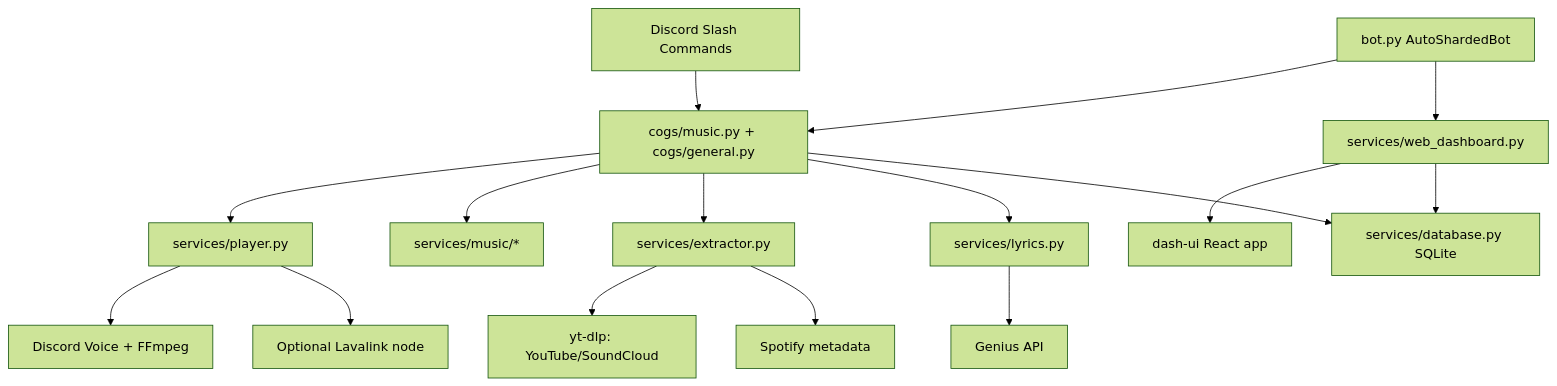
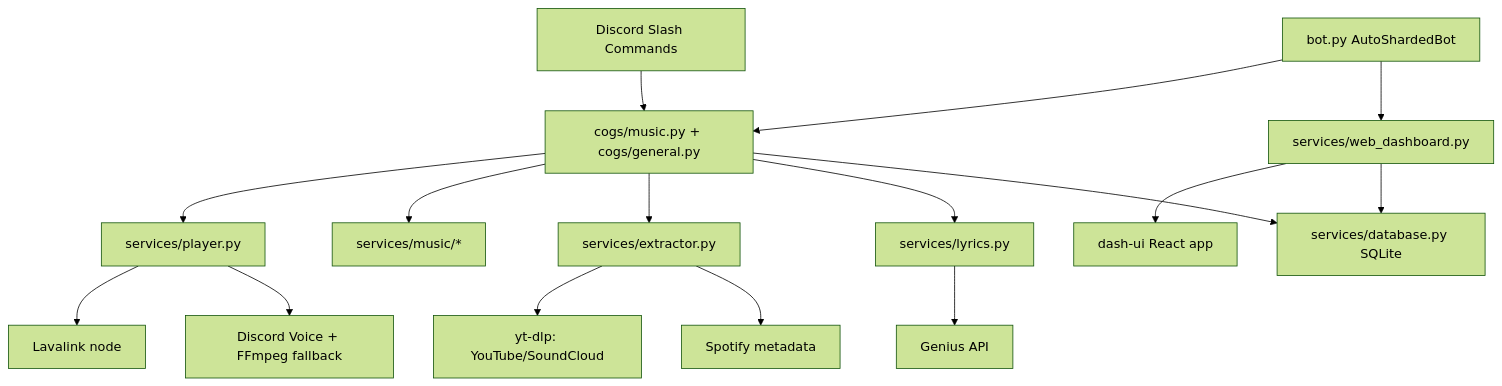
The diagram in README.md (Marton252/MusicBot), drawn with Mermaid (forest theme) before and after one commit. The commit also changed other lines of this file, not shown here.

Commit message:
docs: refresh README for Lavalink release

````diff
--- a/README.md
+++ b/README.md
@@ -169,20 +173,20 @@
 ```mermaid
 flowchart TD
     Discord["Discord Slash Commands"] --> Cogs["cogs/music.py + cogs/general.py"]
     Cogs --> Player["services/player.py"]
     Cogs --> MusicDomain["services/music/*"]
     Cogs --> Extractor["services/extractor.py"]
     Cogs --> Lyrics["services/lyrics.py"]
 
-    Player --> Voice["Discord Voice + FFmpeg"]
-    Player --> Lavalink["Optional Lavalink node"]
+    Player --> Lavalink["Lavalink node"]
+    Player --> Voice["Discord Voice + FFmpeg fallback"]
     Extractor --> Media["yt-dlp: YouTube/SoundCloud"]
     Extractor --> Spotify["Spotify metadata"]
     Lyrics --> Genius["Genius API"]
 
     Bot["bot.py AutoShardedBot"] --> Cogs
     Bot --> Dashboard["services/web_dashboard.py"]
     Dashboard --> UI["dash-ui React app"]
     Dashboard --> DB["services/database.py SQLite"]
     Cogs --> DB
 ```
````
